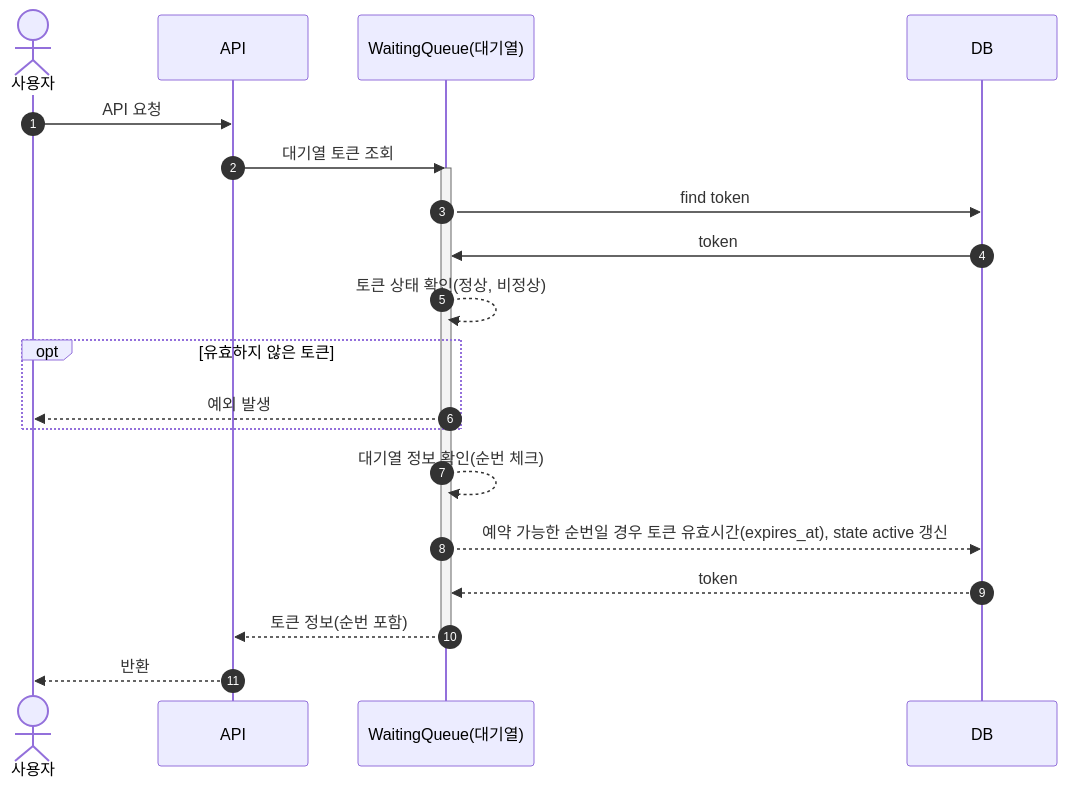
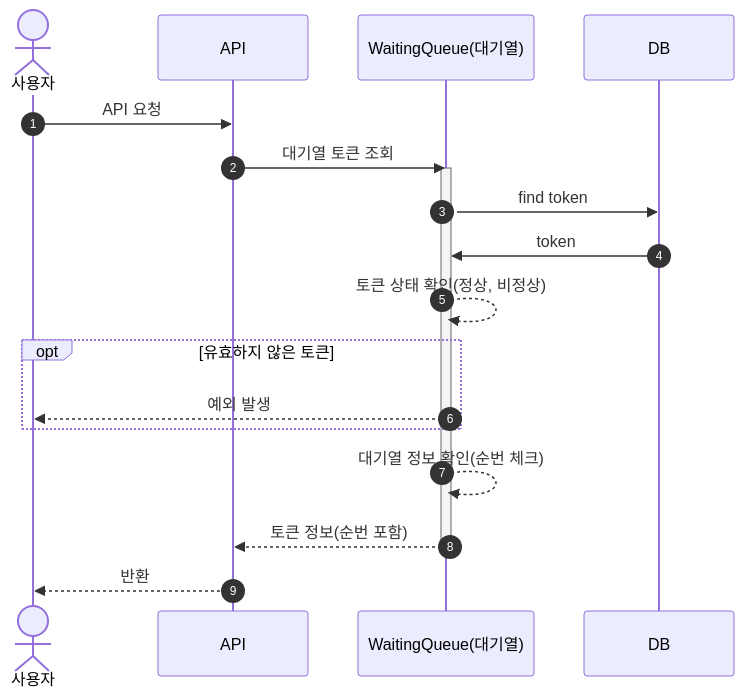
The second of 8 diagrams in docs/SequenceDiagram.md (saintnun150/hhplus-concert-reservation-server), drawn with Mermaid before and after one commit. The commit also changed other lines of this file and 1 other file, not shown here.

Commit message:
fix: 대기열 도메인 및 시퀀스 다이어그램 흐름 수정

````diff
--- a/docs/SequenceDiagram.md
+++ b/docs/SequenceDiagram.md
@@ -42,24 +35,22 @@
 ```mermaid
 sequenceDiagram
 autonumber
 Actor U as 사용자
 participant API as API
 participant WS as WaitingQueue(대기열)
 participant DB as DB
 
 U->>API: API 요청
 API->>WS: 대기열 토큰 조회
 activate WS
 WS->>DB: find token
 DB->>WS: token
 WS-->>WS: 토큰 상태 확인(정상, 비정상)
 opt 유효하지 않은 토큰
 WS-->>U: 예외 발생
 end
 WS-->>WS: 대기열 정보 확인(순번 체크)
-WS-->>DB: 예약 가능한 순번일 경우 토큰 유효시간(expires_at), state active 갱신
-DB-->>WS: token
 WS-->>API: 토큰 정보(순번 포함)
 deactivate WS
 API-->>U: 반환
 ```
````
